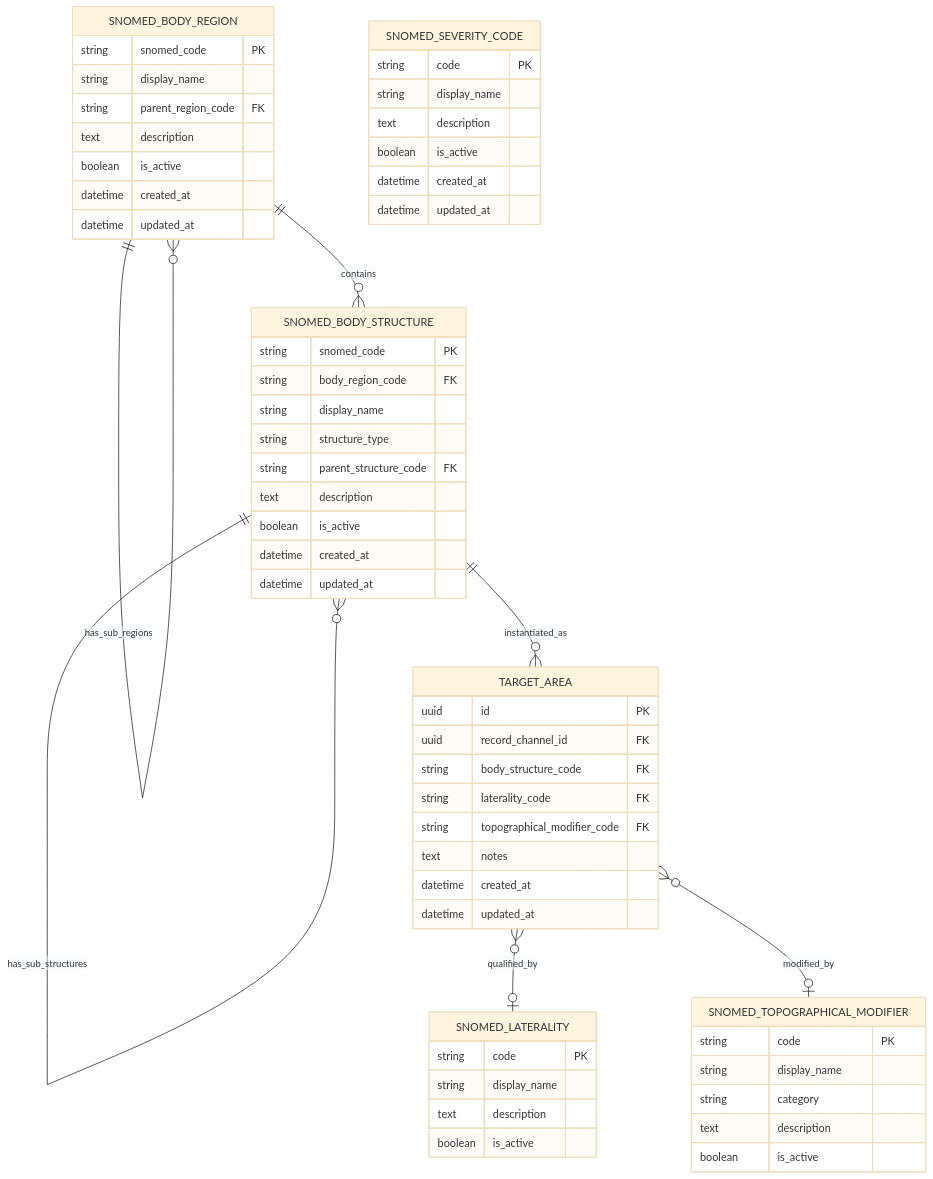
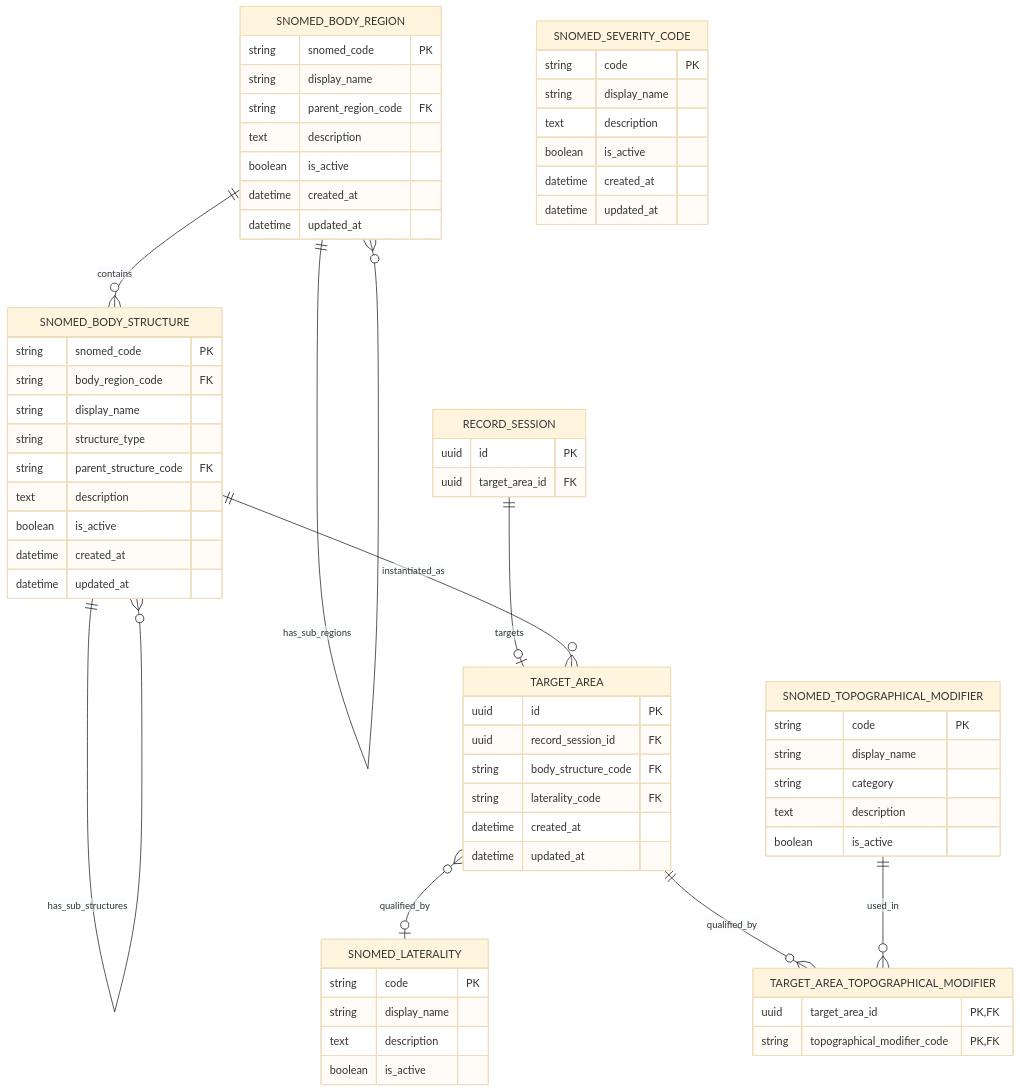
The fifth of 7 diagrams in docs/diagrams/database/er-diagram-modular.md (VitorAndTxr/Bioteca.Prism.InteroperableResearchNode), drawn with Mermaid (base theme) before and after one commit. The commit also changed other lines of this file and 36 other files, not shown here.

````diff
--- a/docs/diagrams/database/er-diagram-modular.md
+++ b/docs/diagrams/database/er-diagram-modular.md
@@ -270,66 +279,76 @@
 ```mermaid
 erDiagram
+    RECORD_SESSION {
+        uuid id PK
+        uuid target_area_id FK
+    }
+
     SNOMED_BODY_REGION {
         string snomed_code PK
         string display_name
         string parent_region_code FK
         text description
         boolean is_active
         datetime created_at
         datetime updated_at
     }
 
     SNOMED_BODY_STRUCTURE {
         string snomed_code PK
         string body_region_code FK
         string display_name
         string structure_type
         string parent_structure_code FK
         text description
         boolean is_active
         datetime created_at
         datetime updated_at
     }
 
     SNOMED_LATERALITY {
         string code PK
         string display_name
         text description
         boolean is_active
     }
 
     SNOMED_TOPOGRAPHICAL_MODIFIER {
         string code PK
         string display_name
         string category
         text description
         boolean is_active
     }
 
     SNOMED_SEVERITY_CODE {
         string code PK
         string display_name
         text description
         boolean is_active
         datetime created_at
         datetime updated_at
     }
 
     TARGET_AREA {
         uuid id PK
-        uuid record_channel_id FK
+        uuid record_session_id FK
         string body_structure_code FK
         string laterality_code FK
-        string topographical_modifier_code FK
-        text notes
         datetime created_at
         datetime updated_at
     }
 
+    TARGET_AREA_TOPOGRAPHICAL_MODIFIER {
+        uuid target_area_id PK,FK
+        string topographical_modifier_code PK,FK
+    }
+
+    RECORD_SESSION ||--o| TARGET_AREA : "targets"
     SNOMED_BODY_REGION ||--o{ SNOMED_BODY_REGION : "has_sub_regions"
     SNOMED_BODY_REGION ||--o{ SNOMED_BODY_STRUCTURE : "contains"
     SNOMED_BODY_STRUCTURE ||--o{ SNOMED_BODY_STRUCTURE : "has_sub_structures"
     SNOMED_BODY_STRUCTURE ||--o{ TARGET_AREA : "instantiated_as"
     TARGET_AREA }o--o| SNOMED_LATERALITY : "qualified_by"
-    TARGET_AREA }o--o| SNOMED_TOPOGRAPHICAL_MODIFIER : "modified_by"
+    TARGET_AREA ||--o{ TARGET_AREA_TOPOGRAPHICAL_MODIFIER : "qualified_by"
+    SNOMED_TOPOGRAPHICAL_MODIFIER ||--o{ TARGET_AREA_TOPOGRAPHICAL_MODIFIER : "used_in"
 ```
````
